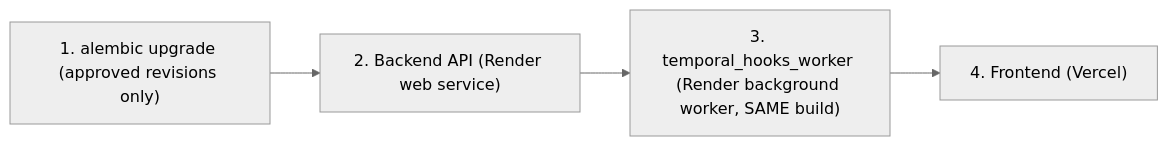
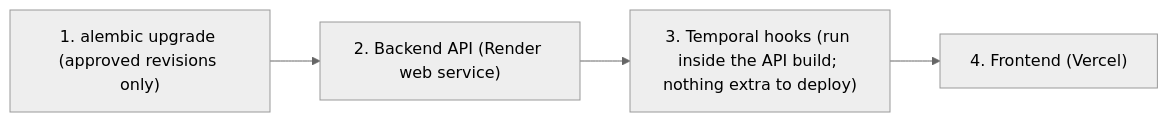
Before and after one commit to prashantnk/naviera: the diagram in docs/RUNBOOK.md, drawn with Mermaid (neutral theme). The commit also changed other lines of this file and 71 other files, not shown here.

````diff
--- a/docs/RUNBOOK.md
+++ b/docs/RUNBOOK.md
@@ -204,6 +208,6 @@
 ```mermaid
 flowchart LR
     M["1. alembic upgrade (approved revisions only)"] --> B["2. Backend API (Render web service)"]
-    B --> W["3. temporal_hooks_worker (Render background worker, SAME build)"]
+    B --> W["3. Temporal hooks (run inside the API build; nothing extra to deploy)"]
     W --> F["4. Frontend (Vercel)"]
 ```
````
